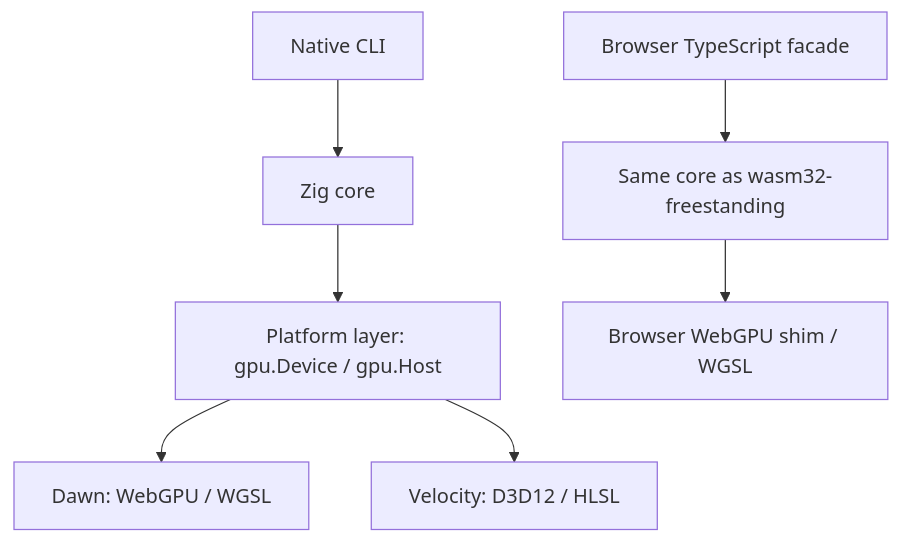
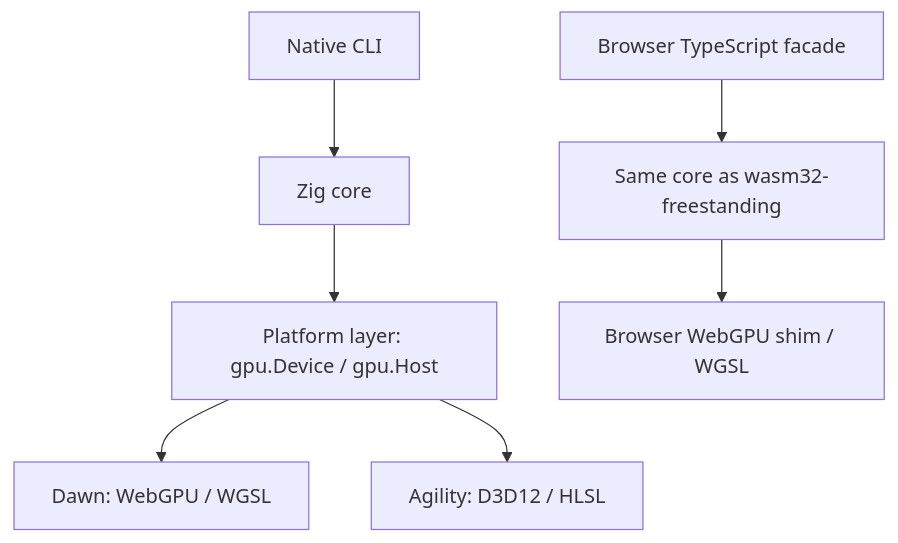
Before and after one commit to mattneel/zllm: the first of 3 diagrams in docs/src/architecture.md, drawn with Mermaid. The commit also changed other lines of this file and 94 other files, not shown here.

First line of the commit message:
refactor!: rename the Velocity backend to Agility

````diff
--- a/docs/src/architecture.md
+++ b/docs/src/architecture.md
@@ -9,9 +9,9 @@
 ```mermaid
 flowchart TB
   CLI[Native CLI] --> CORE[Zig core]
   JS[Browser TypeScript facade] --> WASM[Same core as wasm32-freestanding]
   CORE --> PLATFORM[Platform layer: gpu.Device / gpu.Host]
   PLATFORM --> DAWN[Dawn: WebGPU / WGSL]
-  PLATFORM --> VEL[Velocity: D3D12 / HLSL]
+  PLATFORM --> VEL[Agility: D3D12 / HLSL]
   WASM --> SHIM[Browser WebGPU shim / WGSL]
 ```
````
